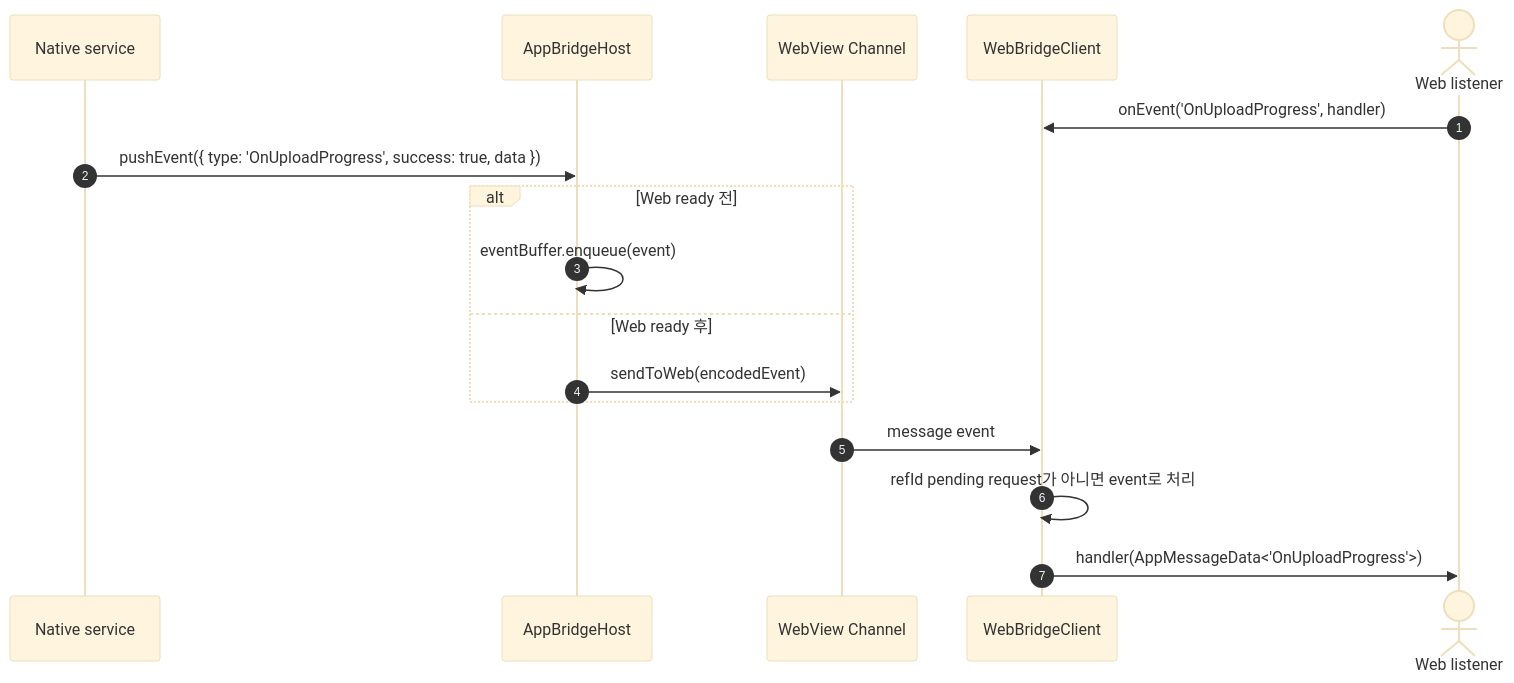
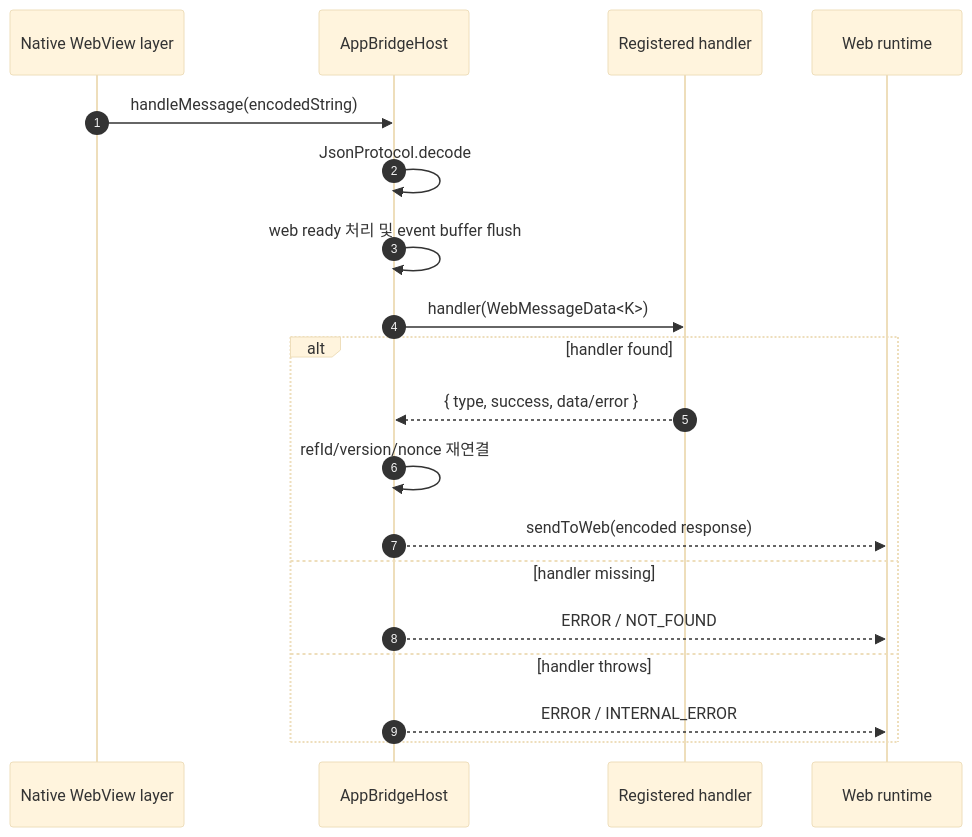
One commit to lemoncloud-io/dou-app changed the third of 3 diagrams in libs/bridges/README.md. Above: the diagram before and after it, drawn with Mermaid (base theme). The commit also changed other lines of this file, not shown here.

First line of the commit message:
feat(bridges): update README with detailed architecture and simulation

````diff
--- a/libs/bridges/README.md
+++ b/libs/bridges/README.md
@@ -186,22 +240,23 @@
 ```mermaid
 sequenceDiagram
     autonumber
-    participant Service as Native service
+    participant Native as Native WebView layer
     participant Host as AppBridgeHost
-    participant Channel as WebView Channel
-    participant Client as WebBridgeClient
-    actor Web as Web listener
+    participant Handler as Registered handler
+    participant Web as Web runtime
 
-    Web->>Client: onEvent('OnUploadProgress', handler)
-    Service->>Host: pushEvent({ type: 'OnUploadProgress', success: true, data })
+    Native->>Host: handleMessage(encodedString)
+    Host->>Host: JsonProtocol.decode
+    Host->>Host: web ready 처리 및 event buffer flush
+    Host->>Handler: handler(WebMessageData<K>)
 
-    alt Web ready 전
-        Host->>Host: eventBuffer.enqueue(event)
-    else Web ready 후
-        Host->>Channel: sendToWeb(encodedEvent)
+    alt handler found
+        Handler-->>Host: { type, success, data/error }
+        Host->>Host: refId/version/nonce 재연결
+        Host-->>Web: sendToWeb(encoded response)
+    else handler missing
+        Host-->>Web: ERROR / NOT_FOUND
+    else handler throws
+        Host-->>Web: ERROR / INTERNAL_ERROR
     end
-
-    Channel->>Client: message event
-    Client->>Client: refId pending request가 아니면 event로 처리
-    Client->>Web: handler(AppMessageData<'OnUploadProgress'>)
 ```
````
